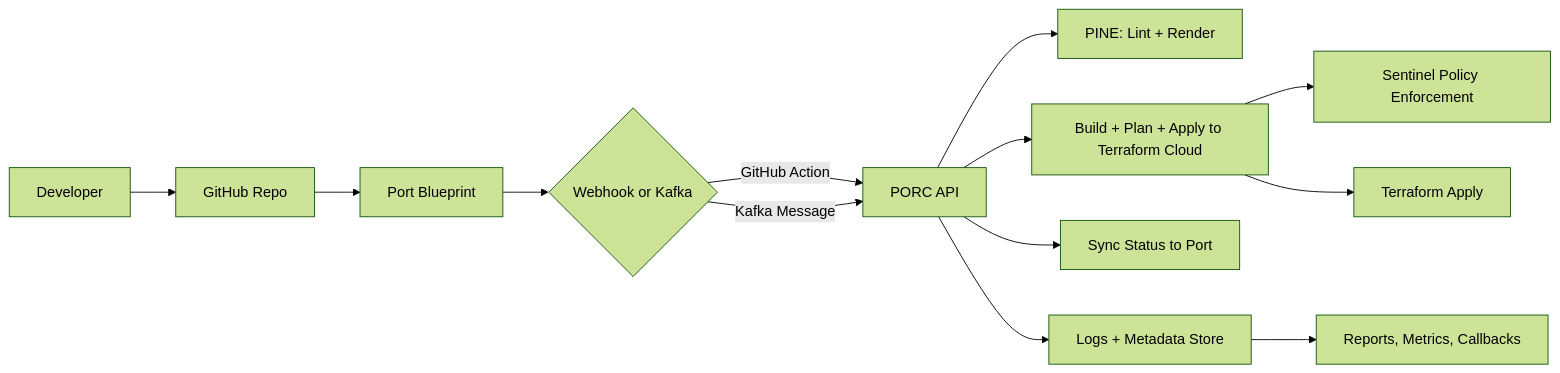
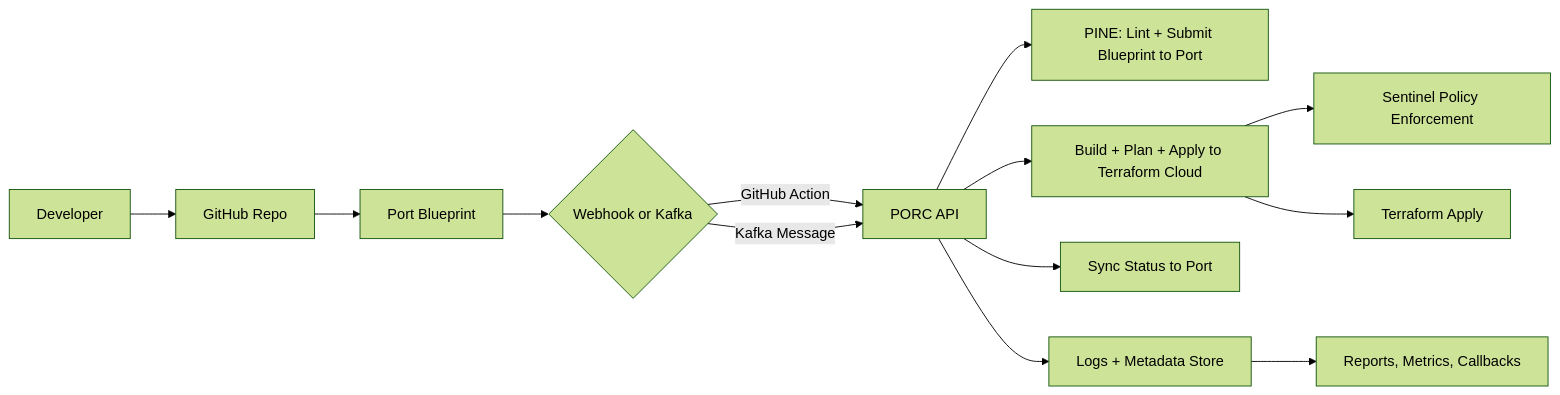
One commit to hyperfocus/porc changed the diagram in docs/architecture.md. Above: the diagram before and after it, drawn with Mermaid (forest theme). The commit also changed other lines of this file and 10 other files, not shown here.

````diff
--- a/docs/architecture.md
+++ b/docs/architecture.md
@@ -21,19 +21,19 @@
 ```mermaid
 flowchart LR
   A[Developer] --> B[GitHub Repo]
   B --> C[Port Blueprint]
   C --> D{Webhook or Kafka}
 
   D -->|GitHub Action| E[PORC API]
   D -->|Kafka Message| E
 
-  E --> F[PINE: Lint + Render]
+  E --> F[PINE: Lint + Submit Blueprint to Port]
   E --> G[Build + Plan + Apply to Terraform Cloud]
   E --> H[Sync Status to Port]
 
   G --> I[Sentinel Policy Enforcement]
   G --> J[Terraform Apply]
 
   E --> K[Logs + Metadata Store]
   K --> L[Reports, Metrics, Callbacks]
 ```
````
